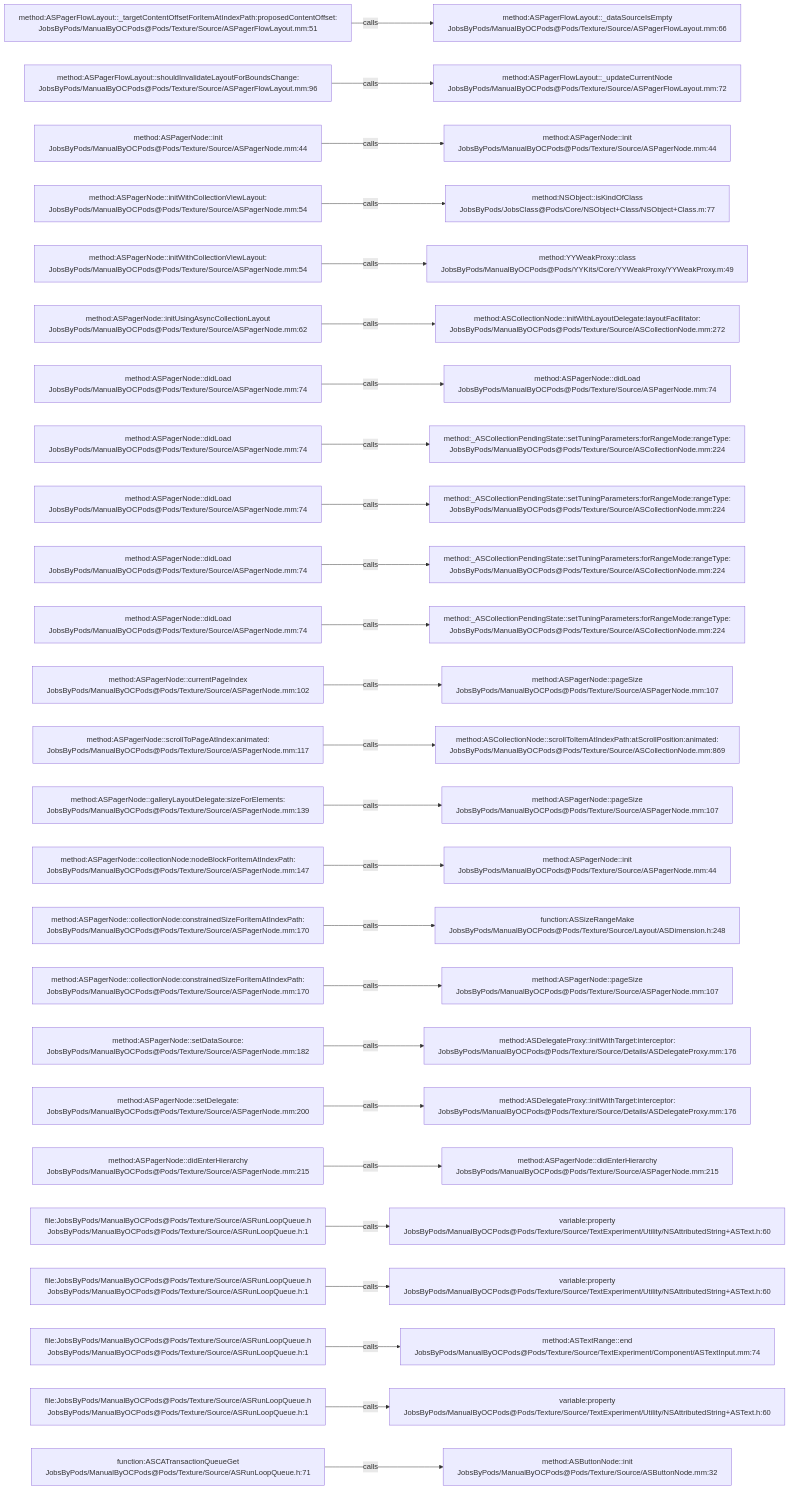
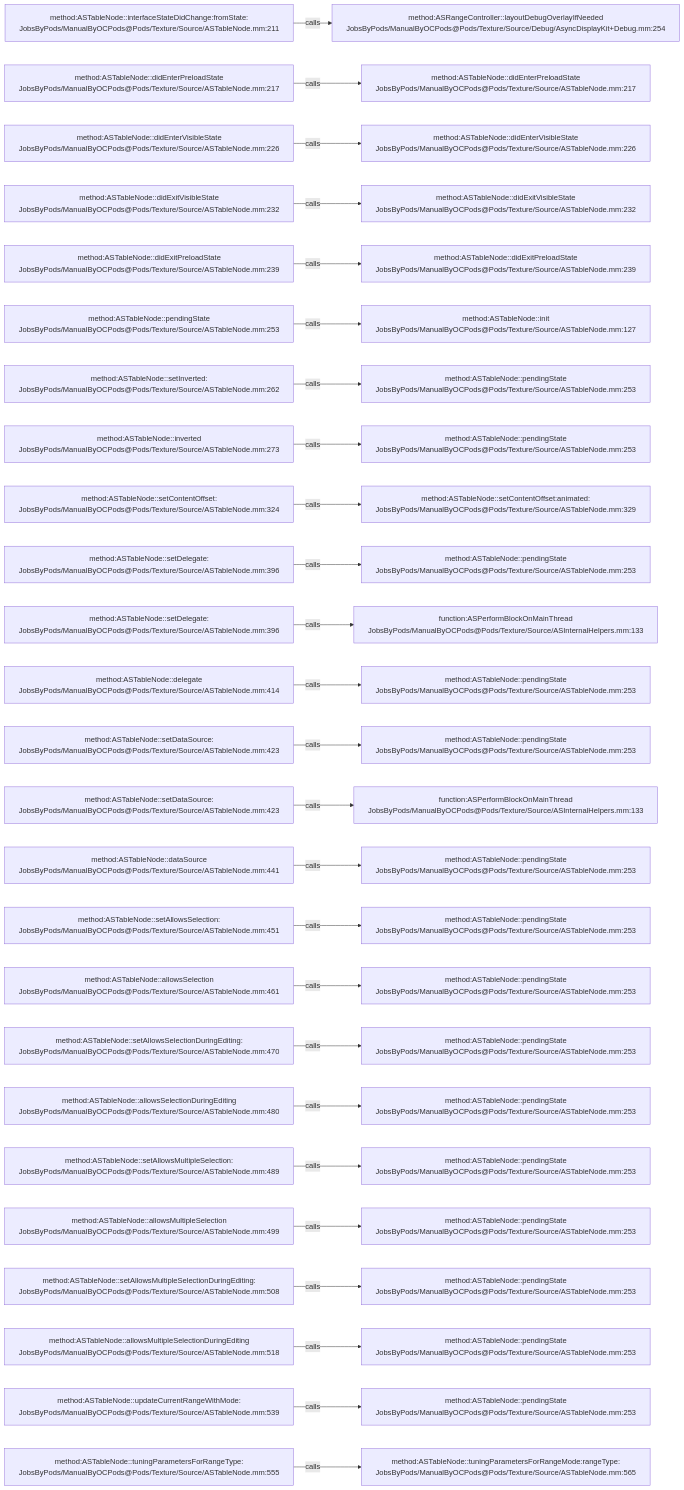
The diagram in .codegraph/codegraph.md/graphs/calls-121.md (JobsKits/JobsOCBaseConfigDemo), drawn with Mermaid before and after one commit. The commit also changed 1353 other files, not shown here.

````diff
--- a/.codegraph/codegraph.md/graphs/calls-121.md
+++ b/.codegraph/codegraph.md/graphs/calls-121.md
@@ -13,78 +13,78 @@
 ```mermaid
 flowchart LR
-  S1["method:ASPagerFlowLayout::_targetContentOffsetForItemAtIndexPath:proposedContentOffset:<br/>JobsByPods/ManualByOCPods@Pods/Texture/Source/ASPagerFlowLayout.mm:51"]
-  T1["method:ASPagerFlowLayout::_dataSourceIsEmpty<br/>JobsByPods/ManualByOCPods@Pods/Texture/Source/ASPagerFlowLayout.mm:66"]
+  S1["method:ASTableNode::interfaceStateDidChange:fromState:<br/>JobsByPods/ManualByOCPods@Pods/Texture/Source/ASTableNode.mm:211"]
+  T1["method:ASRangeController::layoutDebugOverlayIfNeeded<br/>JobsByPods/ManualByOCPods@Pods/Texture/Source/Debug/AsyncDisplayKit+Debug.mm:254"]
   S1 -->|calls| T1
-  S2["method:ASPagerFlowLayout::shouldInvalidateLayoutForBoundsChange:<br/>JobsByPods/ManualByOCPods@Pods/Texture/Source/ASPagerFlowLayout.mm:96"]
-  T2["method:ASPagerFlowLayout::_updateCurrentNode<br/>JobsByPods/ManualByOCPods@Pods/Texture/Source/ASPagerFlowLayout.mm:72"]
+  S2["method:ASTableNode::didEnterPreloadState<br/>JobsByPods/ManualByOCPods@Pods/Texture/Source/ASTableNode.mm:217"]
+  T2["method:ASTableNode::didEnterPreloadState<br/>JobsByPods/ManualByOCPods@Pods/Texture/Source/ASTableNode.mm:217"]
   S2 -->|calls| T2
-  S3["method:ASPagerNode::init<br/>JobsByPods/ManualByOCPods@Pods/Texture/Source/ASPagerNode.mm:44"]
-  T3["method:ASPagerNode::init<br/>JobsByPods/ManualByOCPods@Pods/Texture/Source/ASPagerNode.mm:44"]
+  S3["method:ASTableNode::didEnterVisibleState<br/>JobsByPods/ManualByOCPods@Pods/Texture/Source/ASTableNode.mm:226"]
+  T3["method:ASTableNode::didEnterVisibleState<br/>JobsByPods/ManualByOCPods@Pods/Texture/Source/ASTableNode.mm:226"]
   S3 -->|calls| T3
-  S4["method:ASPagerNode::initWithCollectionViewLayout:<br/>JobsByPods/ManualByOCPods@Pods/Texture/Source/ASPagerNode.mm:54"]
-  T4["method:NSObject::isKindOfClass<br/>JobsByPods/JobsClass@Pods/Core/NSObject+Class/NSObject+Class.m:77"]
+  S4["method:ASTableNode::didExitVisibleState<br/>JobsByPods/ManualByOCPods@Pods/Texture/Source/ASTableNode.mm:232"]
+  T4["method:ASTableNode::didExitVisibleState<br/>JobsByPods/ManualByOCPods@Pods/Texture/Source/ASTableNode.mm:232"]
   S4 -->|calls| T4
-  S5["method:ASPagerNode::initWithCollectionViewLayout:<br/>JobsByPods/ManualByOCPods@Pods/Texture/Source/ASPagerNode.mm:54"]
-  T5["method:YYWeakProxy::class<br/>JobsByPods/ManualByOCPods@Pods/YYKits/Core/YYWeakProxy/YYWeakProxy.m:49"]
+  S5["method:ASTableNode::didExitPreloadState<br/>JobsByPods/ManualByOCPods@Pods/Texture/Source/ASTableNode.mm:239"]
+  T5["method:ASTableNode::didExitPreloadState<br/>JobsByPods/ManualByOCPods@Pods/Texture/Source/ASTableNode.mm:239"]
   S5 -->|calls| T5
-  S6["method:ASPagerNode::initUsingAsyncCollectionLayout<br/>JobsByPods/ManualByOCPods@Pods/Texture/Source/ASPagerNode.mm:62"]
-  T6["method:ASCollectionNode::initWithLayoutDelegate:layoutFacilitator:<br/>JobsByPods/ManualByOCPods@Pods/Texture/Source/ASCollectionNode.mm:272"]
+  S6["method:ASTableNode::pendingState<br/>JobsByPods/ManualByOCPods@Pods/Texture/Source/ASTableNode.mm:253"]
+  T6["method:ASTableNode::init<br/>JobsByPods/ManualByOCPods@Pods/Texture/Source/ASTableNode.mm:127"]
   S6 -->|calls| T6
-  S7["method:ASPagerNode::didLoad<br/>JobsByPods/ManualByOCPods@Pods/Texture/Source/ASPagerNode.mm:74"]
-  T7["method:ASPagerNode::didLoad<br/>JobsByPods/ManualByOCPods@Pods/Texture/Source/ASPagerNode.mm:74"]
+  S7["method:ASTableNode::setInverted:<br/>JobsByPods/ManualByOCPods@Pods/Texture/Source/ASTableNode.mm:262"]
+  T7["method:ASTableNode::pendingState<br/>JobsByPods/ManualByOCPods@Pods/Texture/Source/ASTableNode.mm:253"]
   S7 -->|calls| T7
-  S8["method:ASPagerNode::didLoad<br/>JobsByPods/ManualByOCPods@Pods/Texture/Source/ASPagerNode.mm:74"]
-  T8["method:_ASCollectionPendingState::setTuningParameters:forRangeMode:rangeType:<br/>JobsByPods/ManualByOCPods@Pods/Texture/Source/ASCollectionNode.mm:224"]
+  S8["method:ASTableNode::inverted<br/>JobsByPods/ManualByOCPods@Pods/Texture/Source/ASTableNode.mm:273"]
+  T8["method:ASTableNode::pendingState<br/>JobsByPods/ManualByOCPods@Pods/Texture/Source/ASTableNode.mm:253"]
   S8 -->|calls| T8
-  S9["method:ASPagerNode::didLoad<br/>JobsByPods/ManualByOCPods@Pods/Texture/Source/ASPagerNode.mm:74"]
-  T9["method:_ASCollectionPendingState::setTuningParameters:forRangeMode:rangeType:<br/>JobsByPods/ManualByOCPods@Pods/Texture/Source/ASCollectionNode.mm:224"]
+  S9["method:ASTableNode::setContentOffset:<br/>JobsByPods/ManualByOCPods@Pods/Texture/Source/ASTableNode.mm:324"]
+  T9["method:ASTableNode::setContentOffset:animated:<br/>JobsByPods/ManualByOCPods@Pods/Texture/Source/ASTableNode.mm:329"]
   S9 -->|calls| T9
-  S10["method:ASPagerNode::didLoad<br/>JobsByPods/ManualByOCPods@Pods/Texture/Source/ASPagerNode.mm:74"]
-  T10["method:_ASCollectionPendingState::setTuningParameters:forRangeMode:rangeType:<br/>JobsByPods/ManualByOCPods@Pods/Texture/Source/ASCollectionNode.mm:224"]
+  S10["method:ASTableNode::setDelegate:<br/>JobsByPods/ManualByOCPods@Pods/Texture/Source/ASTableNode.mm:396"]
+  T10["method:ASTableNode::pendingState<br/>JobsByPods/ManualByOCPods@Pods/Texture/Source/ASTableNode.mm:253"]
   S10 -->|calls| T10
-  S11["method:ASPagerNode::didLoad<br/>JobsByPods/ManualByOCPods@Pods/Texture/Source/ASPagerNode.mm:74"]
-  T11["method:_ASCollectionPendingState::setTuningParameters:forRangeMode:rangeType:<br/>JobsByPods/ManualByOCPods@Pods/Texture/Source/ASCollectionNode.mm:224"]
+  S11["method:ASTableNode::setDelegate:<br/>JobsByPods/ManualByOCPods@Pods/Texture/Source/ASTableNode.mm:396"]
+  T11["function:ASPerformBlockOnMainThread<br/>JobsByPods/ManualByOCPods@Pods/Texture/Source/ASInternalHelpers.mm:133"]
   S11 -->|calls| T11
-  S12["method:ASPagerNode::currentPageIndex<br/>JobsByPods/ManualByOCPods@Pods/Texture/Source/ASPagerNode.mm:102"]
-  T12["method:ASPagerNode::pageSize<br/>JobsByPods/ManualByOCPods@Pods/Texture/Source/ASPagerNode.mm:107"]
+  S12["method:ASTableNode::delegate<br/>JobsByPods/ManualByOCPods@Pods/Texture/Source/ASTableNode.mm:414"]
+  T12["method:ASTableNode::pendingState<br/>JobsByPods/ManualByOCPods@Pods/Texture/Source/ASTableNode.mm:253"]
   S12 -->|calls| T12
-  S13["method:ASPagerNode::scrollToPageAtIndex:animated:<br/>JobsByPods/ManualByOCPods@Pods/Texture/Source/ASPagerNode.mm:117"]
-  T13["method:ASCollectionNode::scrollToItemAtIndexPath:atScrollPosition:animated:<br/>JobsByPods/ManualByOCPods@Pods/Texture/Source/ASCollectionNode.mm:869"]
+  S13["method:ASTableNode::setDataSource:<br/>JobsByPods/ManualByOCPods@Pods/Texture/Source/ASTableNode.mm:423"]
+  T13["method:ASTableNode::pendingState<br/>JobsByPods/ManualByOCPods@Pods/Texture/Source/ASTableNode.mm:253"]
   S13 -->|calls| T13
-  S14["method:ASPagerNode::galleryLayoutDelegate:sizeForElements:<br/>JobsByPods/ManualByOCPods@Pods/Texture/Source/ASPagerNode.mm:139"]
-  T14["method:ASPagerNode::pageSize<br/>JobsByPods/ManualByOCPods@Pods/Texture/Source/ASPagerNode.mm:107"]
+  S14["method:ASTableNode::setDataSource:<br/>JobsByPods/ManualByOCPods@Pods/Texture/Source/ASTableNode.mm:423"]
+  T14["function:ASPerformBlockOnMainThread<br/>JobsByPods/ManualByOCPods@Pods/Texture/Source/ASInternalHelpers.mm:133"]
   S14 -->|calls| T14
-  S15["method:ASPagerNode::collectionNode:nodeBlockForItemAtIndexPath:<br/>JobsByPods/ManualByOCPods@Pods/Texture/Source/ASPagerNode.mm:147"]
-  T15["method:ASPagerNode::init<br/>JobsByPods/ManualByOCPods@Pods/Texture/Source/ASPagerNode.mm:44"]
+  S15["method:ASTableNode::dataSource<br/>JobsByPods/ManualByOCPods@Pods/Texture/Source/ASTableNode.mm:441"]
+  T15["method:ASTableNode::pendingState<br/>JobsByPods/ManualByOCPods@Pods/Texture/Source/ASTableNode.mm:253"]
   S15 -->|calls| T15
-  S16["method:ASPagerNode::collectionNode:constrainedSizeForItemAtIndexPath:<br/>JobsByPods/ManualByOCPods@Pods/Texture/Source/ASPagerNode.mm:170"]
-  T16["function:ASSizeRangeMake<br/>JobsByPods/ManualByOCPods@Pods/Texture/Source/Layout/ASDimension.h:248"]
+  S16["method:ASTableNode::setAllowsSelection:<br/>JobsByPods/ManualByOCPods@Pods/Texture/Source/ASTableNode.mm:451"]
+  T16["method:ASTableNode::pendingState<br/>JobsByPods/ManualByOCPods@Pods/Texture/Source/ASTableNode.mm:253"]
   S16 -->|calls| T16
-  S17["method:ASPagerNode::collectionNode:constrainedSizeForItemAtIndexPath:<br/>JobsByPods/ManualByOCPods@Pods/Texture/Source/ASPagerNode.mm:170"]
-  T17["method:ASPagerNode::pageSize<br/>JobsByPods/ManualByOCPods@Pods/Texture/Source/ASPagerNode.mm:107"]
+  S17["method:ASTableNode::allowsSelection<br/>JobsByPods/ManualByOCPods@Pods/Texture/Source/ASTableNode.mm:461"]
+  T17["method:ASTableNode::pendingState<br/>JobsByPods/ManualByOCPods@Pods/Texture/Source/ASTableNode.mm:253"]
   S17 -->|calls| T17
-  S18["method:ASPagerNode::setDataSource:<br/>JobsByPods/ManualByOCPods@Pods/Texture/Source/ASPagerNode.mm:182"]
-  T18["method:ASDelegateProxy::initWithTarget:interceptor:<br/>JobsByPods/ManualByOCPods@Pods/Texture/Source/Details/ASDelegateProxy.mm:176"]
+  S18["method:ASTableNode::setAllowsSelectionDuringEditing:<br/>JobsByPods/ManualByOCPods@Pods/Texture/Source/ASTableNode.mm:470"]
+  T18["method:ASTableNode::pendingState<br/>JobsByPods/ManualByOCPods@Pods/Texture/Source/ASTableNode.mm:253"]
   S18 -->|calls| T18
-  S19["method:ASPagerNode::setDelegate:<br/>JobsByPods/ManualByOCPods@Pods/Texture/Source/ASPagerNode.mm:200"]
-  T19["method:ASDelegateProxy::initWithTarget:interceptor:<br/>JobsByPods/ManualByOCPods@Pods/Texture/Source/Details/ASDelegateProxy.mm:176"]
+  S19["method:ASTableNode::allowsSelectionDuringEditing<br/>JobsByPods/ManualByOCPods@Pods/Texture/Source/ASTableNode.mm:480"]
+  T19["method:ASTableNode::pendingState<br/>JobsByPods/ManualByOCPods@Pods/Texture/Source/ASTableNode.mm:253"]
   S19 -->|calls| T19
-  S20["method:ASPagerNode::didEnterHierarchy<br/>JobsByPods/ManualByOCPods@Pods/Texture/Source/ASPagerNode.mm:215"]
-  T20["method:ASPagerNode::didEnterHierarchy<br/>JobsByPods/ManualByOCPods@Pods/Texture/Source/ASPagerNode.mm:215"]
+  S20["method:ASTableNode::setAllowsMultipleSelection:<br/>JobsByPods/ManualByOCPods@Pods/Texture/Source/ASTableNode.mm:489"]
+  T20["method:ASTableNode::pendingState<br/>JobsByPods/ManualByOCPods@Pods/Texture/Source/ASTableNode.mm:253"]
   S20 -->|calls| T20
-  S21["file:JobsByPods/ManualByOCPods@Pods/Texture/Source/ASRunLoopQueue.h<br/>JobsByPods/ManualByOCPods@Pods/Texture/Source/ASRunLoopQueue.h:1"]
-  T21["variable:property<br/>JobsByPods/ManualByOCPods@Pods/Texture/Source/TextExperiment/Utility/NSAttributedString+ASText.h:60"]
+  S21["method:ASTableNode::allowsMultipleSelection<br/>JobsByPods/ManualByOCPods@Pods/Texture/Source/ASTableNode.mm:499"]
+  T21["method:ASTableNode::pendingState<br/>JobsByPods/ManualByOCPods@Pods/Texture/Source/ASTableNode.mm:253"]
   S21 -->|calls| T21
-  S22["file:JobsByPods/ManualByOCPods@Pods/Texture/Source/ASRunLoopQueue.h<br/>JobsByPods/ManualByOCPods@Pods/Texture/Source/ASRunLoopQueue.h:1"]
-  T22["variable:property<br/>JobsByPods/ManualByOCPods@Pods/Texture/Source/TextExperiment/Utility/NSAttributedString+ASText.h:60"]
+  S22["method:ASTableNode::setAllowsMultipleSelectionDuringEditing:<br/>JobsByPods/ManualByOCPods@Pods/Texture/Source/ASTableNode.mm:508"]
+  T22["method:ASTableNode::pendingState<br/>JobsByPods/ManualByOCPods@Pods/Texture/Source/ASTableNode.mm:253"]
   S22 -->|calls| T22
-  S23["file:JobsByPods/ManualByOCPods@Pods/Texture/Source/ASRunLoopQueue.h<br/>JobsByPods/ManualByOCPods@Pods/Texture/Source/ASRunLoopQueue.h:1"]
-  T23["method:ASTextRange::end<br/>JobsByPods/ManualByOCPods@Pods/Texture/Source/TextExperiment/Component/ASTextInput.mm:74"]
+  S23["method:ASTableNode::allowsMultipleSelectionDuringEditing<br/>JobsByPods/ManualByOCPods@Pods/Texture/Source/ASTableNode.mm:518"]
+  T23["method:ASTableNode::pendingState<br/>JobsByPods/ManualByOCPods@Pods/Texture/Source/ASTableNode.mm:253"]
   S23 -->|calls| T23
-  S24["file:JobsByPods/ManualByOCPods@Pods/Texture/Source/ASRunLoopQueue.h<br/>JobsByPods/ManualByOCPods@Pods/Texture/Source/ASRunLoopQueue.h:1"]
-  T24["variable:property<br/>JobsByPods/ManualByOCPods@Pods/Texture/Source/TextExperiment/Utility/NSAttributedString+ASText.h:60"]
+  S24["method:ASTableNode::updateCurrentRangeWithMode:<br/>JobsByPods/ManualByOCPods@Pods/Texture/Source/ASTableNode.mm:539"]
+  T24["method:ASTableNode::pendingState<br/>JobsByPods/ManualByOCPods@Pods/Texture/Source/ASTableNode.mm:253"]
   S24 -->|calls| T24
-  S25["function:ASCATransactionQueueGet<br/>JobsByPods/ManualByOCPods@Pods/Texture/Source/ASRunLoopQueue.h:71"]
-  T25["method:ASButtonNode::init<br/>JobsByPods/ManualByOCPods@Pods/Texture/Source/ASButtonNode.mm:32"]
+  S25["method:ASTableNode::tuningParametersForRangeType:<br/>JobsByPods/ManualByOCPods@Pods/Texture/Source/ASTableNode.mm:555"]
+  T25["method:ASTableNode::tuningParametersForRangeMode:rangeType:<br/>JobsByPods/ManualByOCPods@Pods/Texture/Source/ASTableNode.mm:565"]
   S25 -->|calls| T25
 ```
````
